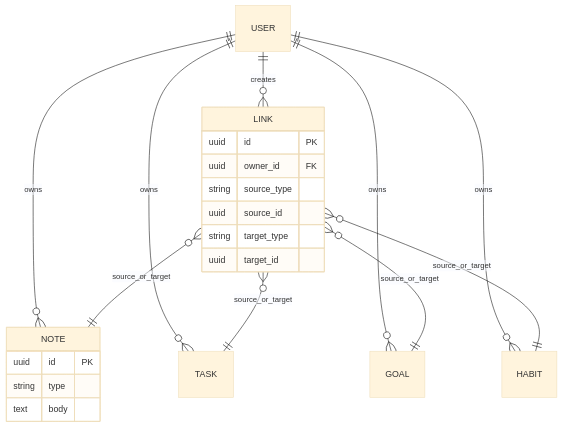
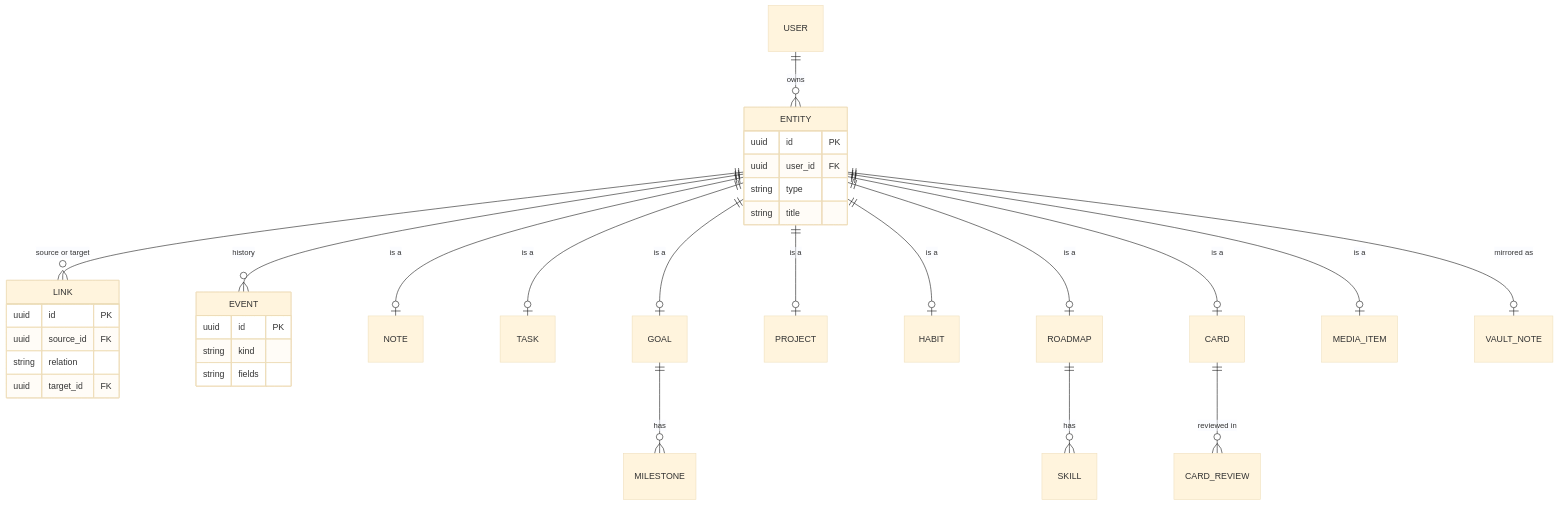
The fourth of 8 diagrams in README.fr.md (thoutmose/axon), drawn with Mermaid (base theme) before and after one commit. The commit also changed other lines of this file and 2 other files, not shown here.

First line of the commit message:
docs: draw every README diagram in Mermaid, up to date with what runs

````diff
--- a/README.fr.md
+++ b/README.fr.md
@@ -282,25 +176,35 @@
 ```mermaid
 erDiagram
-  USER ||--o{ NOTE : owns
-  USER ||--o{ TASK : owns
-  USER ||--o{ GOAL : owns
-  USER ||--o{ HABIT : owns
-  USER ||--o{ LINK : creates
-  LINK }o--|| NOTE : source_or_target
-  LINK }o--|| TASK : source_or_target
-  LINK }o--|| GOAL : source_or_target
-  LINK }o--|| HABIT : source_or_target
-  NOTE {
+  USER ||--o{ ENTITY : owns
+  ENTITY ||--o{ LINK : "source or target"
+  ENTITY ||--o{ EVENT : "history"
+  ENTITY ||--o| NOTE : "is a"
+  ENTITY ||--o| TASK : "is a"
+  ENTITY ||--o| GOAL : "is a"
+  GOAL ||--o{ MILESTONE : has
+  ENTITY ||--o| PROJECT : "is a"
+  ENTITY ||--o| HABIT : "is a"
+  ENTITY ||--o| ROADMAP : "is a"
+  ROADMAP ||--o{ SKILL : has
+  ENTITY ||--o| CARD : "is a"
+  CARD ||--o{ CARD_REVIEW : "reviewed in"
+  ENTITY ||--o| MEDIA_ITEM : "is a"
+  ENTITY ||--o| VAULT_NOTE : "mirrored as"
+  ENTITY {
     uuid id PK
+    uuid user_id FK
     string type
-    text body
+    string title
   }
   LINK {
     uuid id PK
-    uuid owner_id FK
-    string source_type
-    uuid source_id
-    string target_type
-    uuid target_id
+    uuid source_id FK
+    string relation
+    uuid target_id FK
+  }
+  EVENT {
+    uuid id PK
+    string kind
+    string fields
   }
 ```
````
